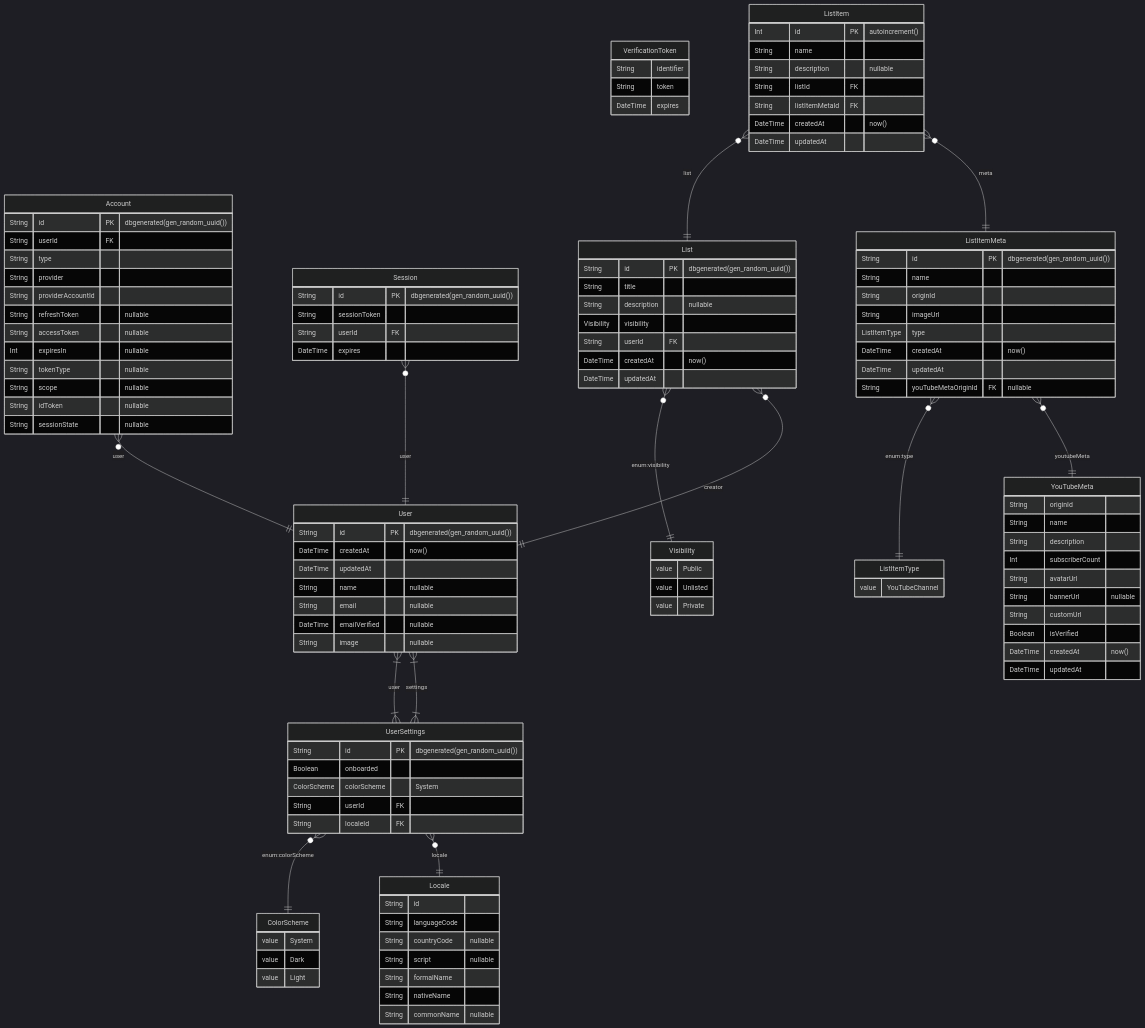
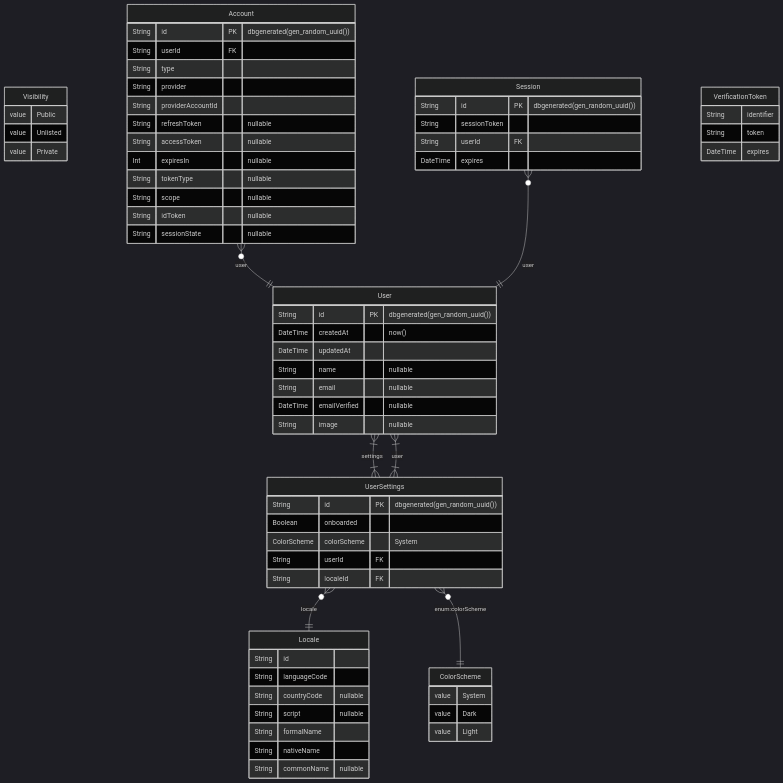
The diagram in prisma/ERD.md (nathanbrizzee-cdcr/sveltekit-template), drawn with Mermaid (dark theme) before and after one commit. The commit also changed 26 other files, not shown here.

````diff
--- a/prisma/ERD.md
+++ b/prisma/ERD.md
@@ -9,9 +9,6 @@
 		value Public
 		value Unlisted
 		value Private
-	}
-	ListItemType {
-		value YouTubeChannel
 	}
 	User {
 		String id PK  "dbgenerated(gen_random_uuid())"
@@ -63,57 +60,11 @@
 		String token
 		DateTime expires
 	}
-	List {
-		String id PK  "dbgenerated(gen_random_uuid())"
-		String title
-		String description  "nullable"
-		Visibility visibility
-		String userId FK
-		DateTime createdAt  "now()"
-		DateTime updatedAt
-	}
-	ListItem {
-		Int id PK  "autoincrement()"
-		String name
-		String description  "nullable"
-		String listId FK
-		String listItemMetaId FK
-		DateTime createdAt  "now()"
-		DateTime updatedAt
-	}
-	ListItemMeta {
-		String id PK  "dbgenerated(gen_random_uuid())"
-		String name
-		String originId
-		String imageUrl
-		ListItemType type
-		DateTime createdAt  "now()"
-		DateTime updatedAt
-		String youTubeMetaOriginId FK  "nullable"
-	}
-	YouTubeMeta {
-		String originId
-		String name
-		String description
-		Int subscriberCount
-		String avatarUrl
-		String bannerUrl  "nullable"
-		String customUrl
-		Boolean isVerified
-		DateTime createdAt  "now()"
-		DateTime updatedAt
-	}
 	User }|--|{ UserSettings : settings
 	UserSettings }|--|{ User : user
 	UserSettings }o--|| Locale : locale
 	UserSettings }o--|| ColorScheme : "enum:colorScheme"
 	Account }o--|| User : user
 	Session }o--|| User : user
-	List }o--|| User : creator
-	List }o--|| Visibility : "enum:visibility"
-	ListItem }o--|| ListItemMeta : meta
-	ListItem }o--|| List : list
-	ListItemMeta }o--|| YouTubeMeta : youtubeMeta
-	ListItemMeta }o--|| ListItemType : "enum:type"
 
 ```
````
